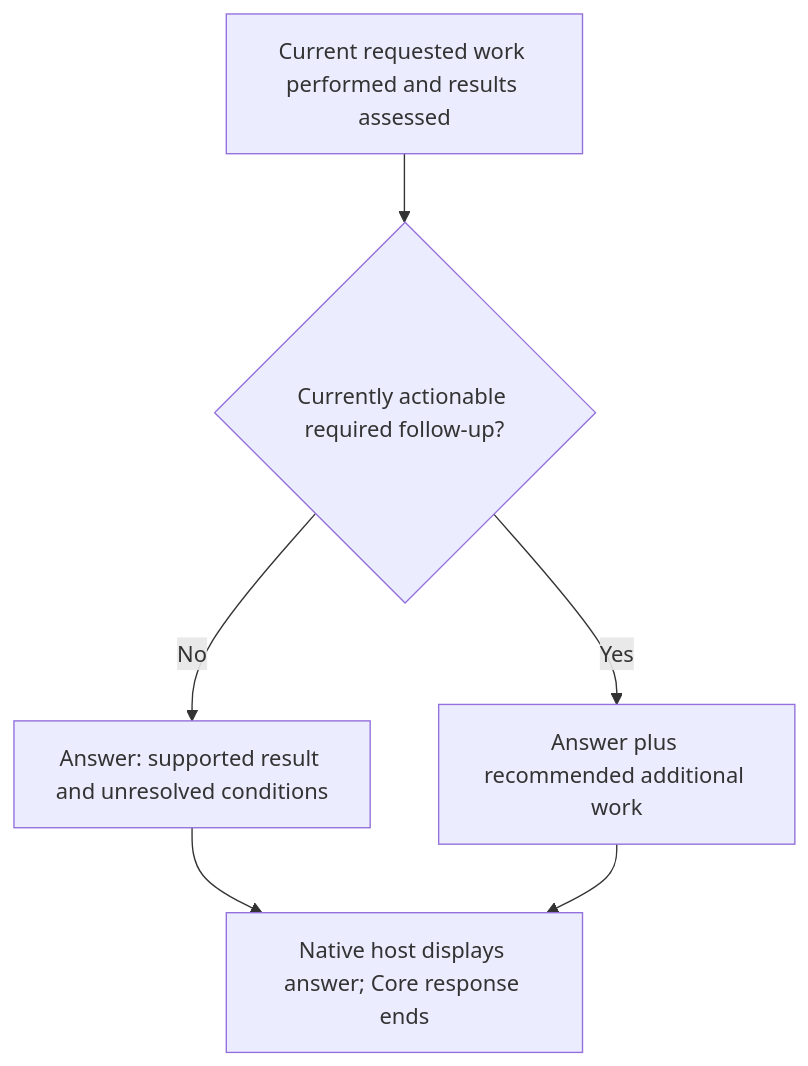
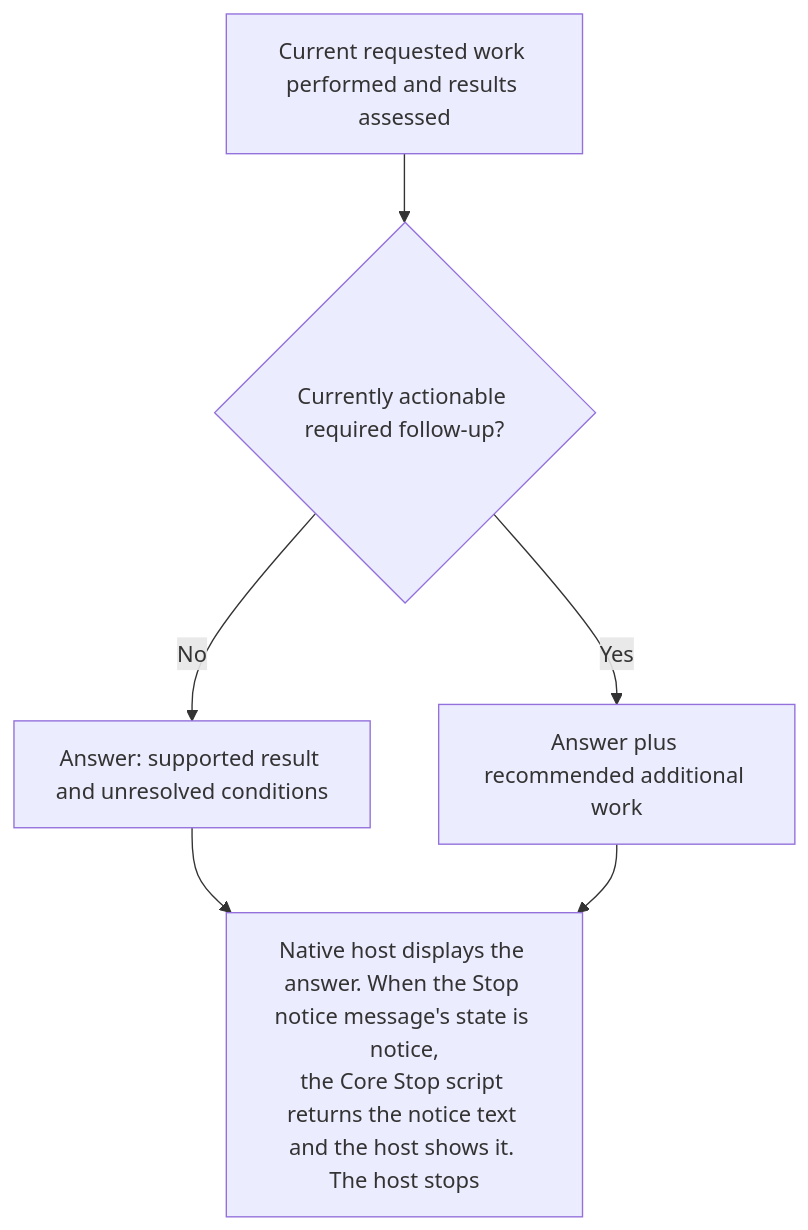
The fifth of 7 diagrams in architecture.md (AidALL/ghost-alice), drawn with Mermaid before and after one commit. The commit also changed other lines of this file and 30 other files, not shown here.

````diff
--- a/architecture.md
+++ b/architecture.md
@@ -128,8 +168,8 @@
 ```mermaid
 flowchart TD
   R["Current requested work performed and results assessed"] --> N{"Currently actionable required follow-up?"}
   N -->|No| A["Answer: supported result and unresolved conditions"]
   N -->|Yes| B["Answer plus recommended additional work"]
-  A --> D["Native host displays answer; Core response ends"]
+  A --> D["Native host displays the answer. When the Stop notice message's state is notice,<br/>the Core Stop script returns the notice text and the host shows it. The host stops"]
   B --> D
 ```
````
